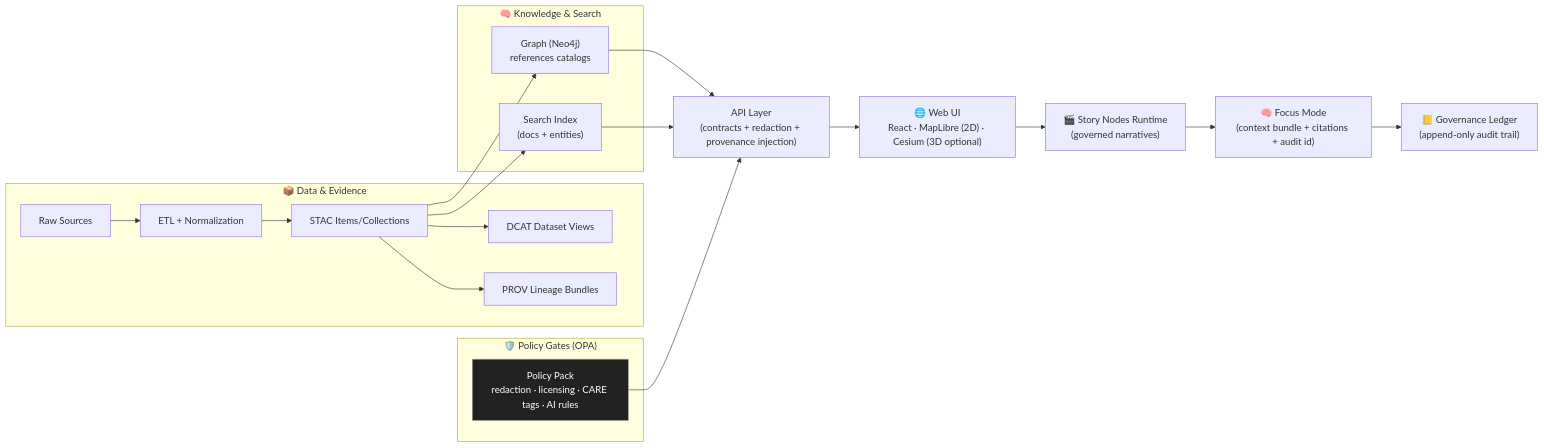
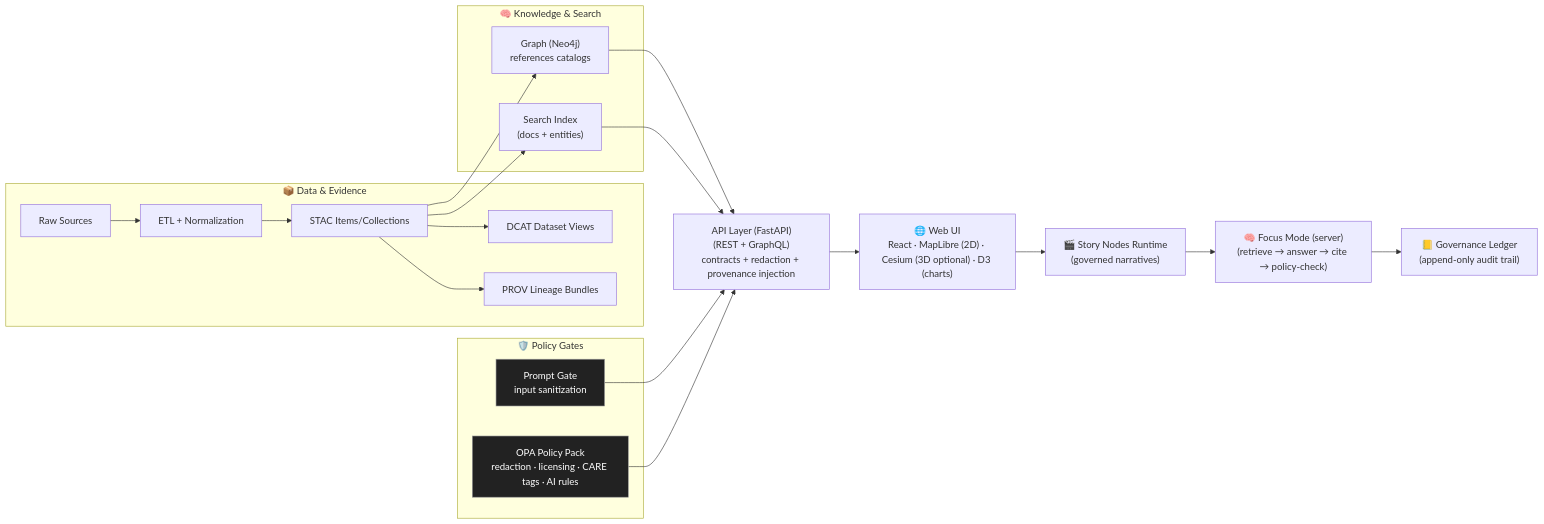
One commit to bartytime4life/Kansas-Frontier-Matrix changed the diagram in web/README.md. Above: the diagram before and after it, drawn with Mermaid. The commit also changed other lines of this file, not shown here.

````diff
--- a/web/README.md
+++ b/web/README.md
@@ -179,29 +223,31 @@
 ```mermaid
 flowchart LR
   subgraph Data["📦 Data & Evidence"]
     A["Raw Sources"] --> B["ETL + Normalization"]
     B --> C["STAC Items/Collections"]
     C --> D["DCAT Dataset Views"]
     C --> E["PROV Lineage Bundles"]
   end
 
   subgraph Index["🧠 Knowledge & Search"]
     C --> G["Graph (Neo4j)<br/>references catalogs"]
     C --> S["Search Index<br/>(docs + entities)"]
   end
 
-  subgraph Gates["🛡️ Policy Gates (OPA)"]
-    P["Policy Pack<br/>redaction · licensing · CARE tags · AI rules"]:::gate
+  subgraph Gates["🛡️ Policy Gates"]
+    PG["Prompt Gate<br/>input sanitization"]:::gate
+    P["OPA Policy Pack<br/>redaction · licensing · CARE tags · AI rules"]:::gate
   end
 
-  G --> H["API Layer<br/>(contracts + redaction + provenance injection)"]
+  G --> H["API Layer (FastAPI)<br/>(REST + GraphQL)<br/>contracts + redaction + provenance injection"]
   S --> H
+  PG --> H
   P --> H
 
-  H --> I["🌐 Web UI<br/>React · MapLibre (2D) · Cesium (3D optional)"]
+  H --> I["🌐 Web UI<br/>React · MapLibre (2D) · Cesium (3D optional) · D3 (charts)"]
   I --> J["🎬 Story Nodes Runtime<br/>(governed narratives)"]
-  J --> K["🧠 Focus Mode<br/>(context bundle + citations + audit id)"]
+  J --> K["🧠 Focus Mode (server)<br/>(retrieve → answer → cite → policy-check)"]
   K --> L["📒 Governance Ledger<br/>(append-only audit trail)"]
 
   classDef gate fill:#222,color:#fff,stroke:#999,stroke-width:1px;
 ```
````
